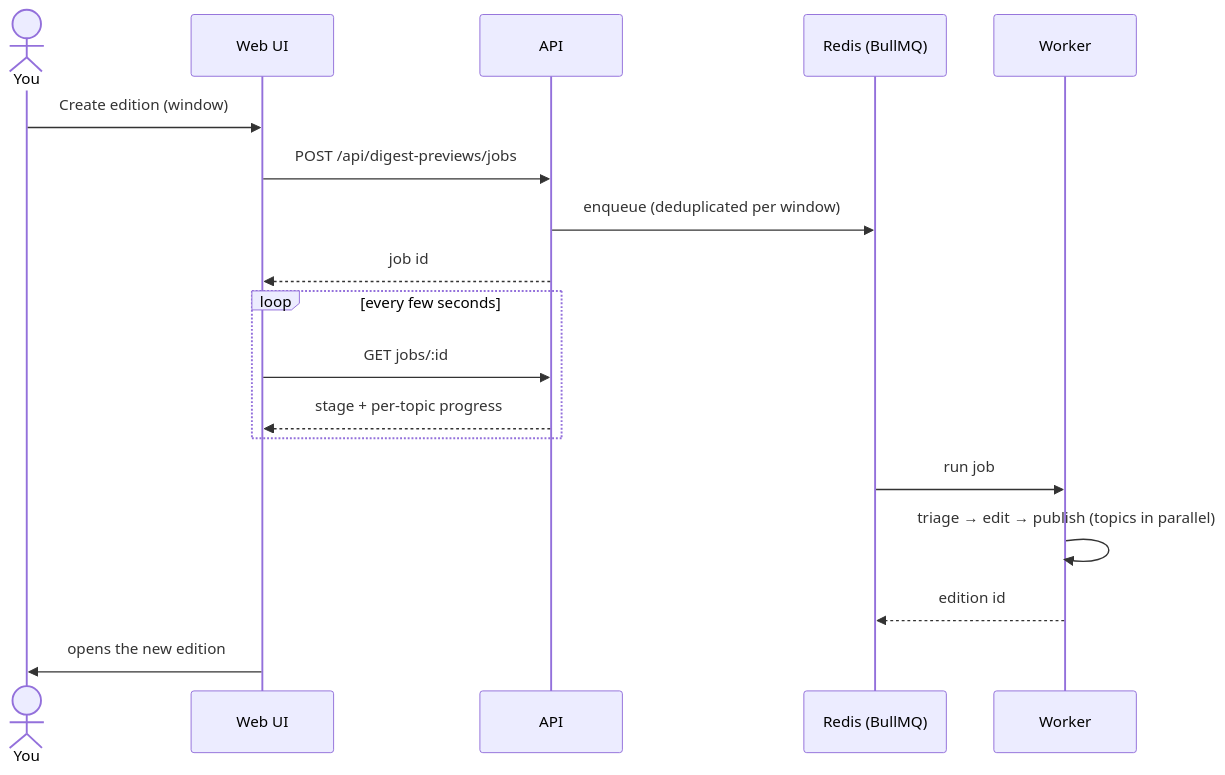
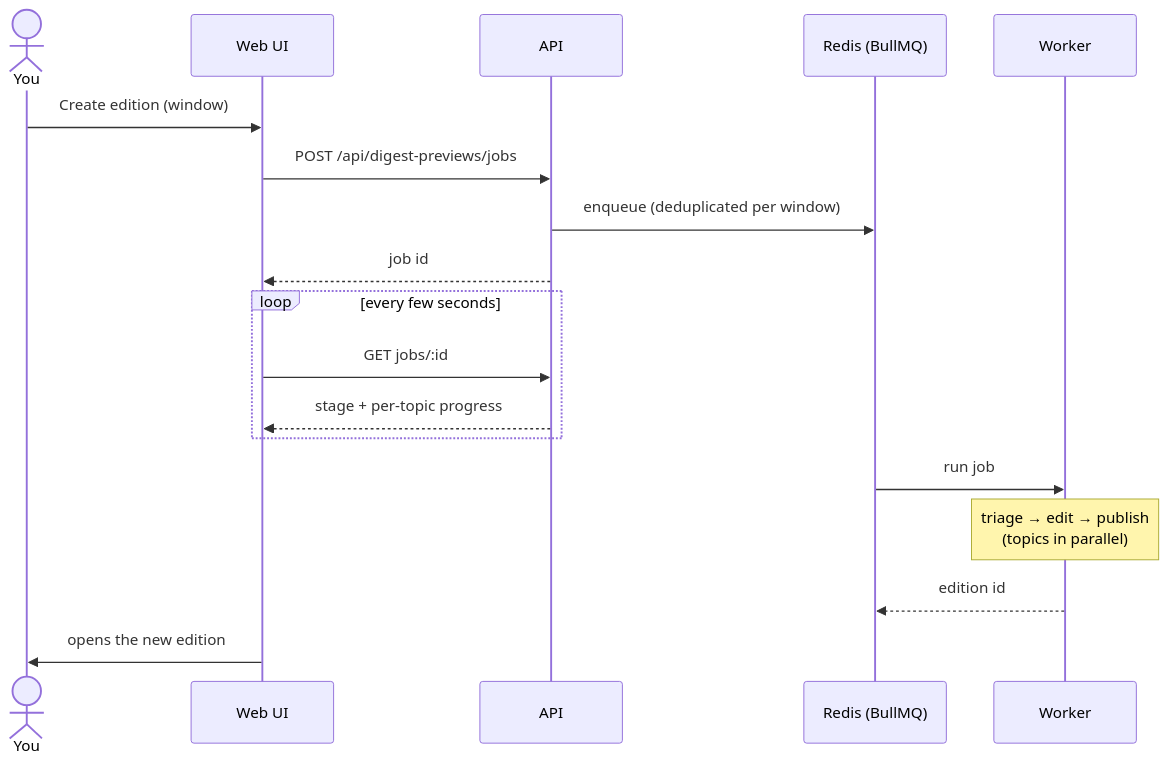
Before and after one commit to EmmadUsmani/news-digest: the second of 2 diagrams in docs/handbook/01-app/03-jobs-and-schedules.md, drawn with Mermaid. The commit also changed other lines of this file and 10 other files, not shown here.

First line of the commit message:
Handbook: audit and fix every diagram for overlaps and clarity

````diff
--- a/docs/handbook/01-app/03-jobs-and-schedules.md
+++ b/docs/handbook/01-app/03-jobs-and-schedules.md
@@ -42,20 +43,20 @@
 ```mermaid
 sequenceDiagram
   actor You
   participant UI as Web UI
   participant API
   participant Q as Redis (BullMQ)
   participant W as Worker
   You->>UI: Create edition (window)
   UI->>API: POST /api/digest-previews/jobs
   API->>Q: enqueue (deduplicated per window)
   API-->>UI: job id
   loop every few seconds
     UI->>API: GET jobs/:id
     API-->>UI: stage + per-topic progress
   end
   Q->>W: run job
-  W->>W: triage → edit → publish (topics in parallel)
+  Note over W: triage → edit → publish<br/>(topics in parallel)
   W-->>Q: edition id
   UI->>You: opens the new edition
 ```
````
